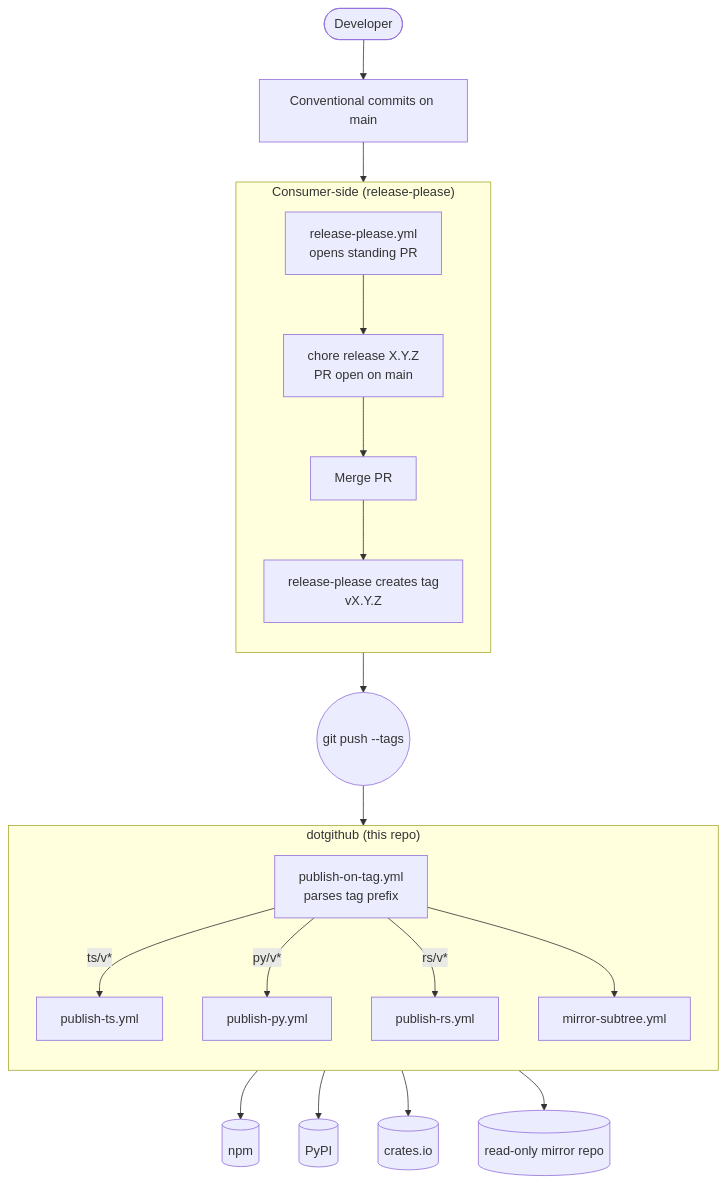
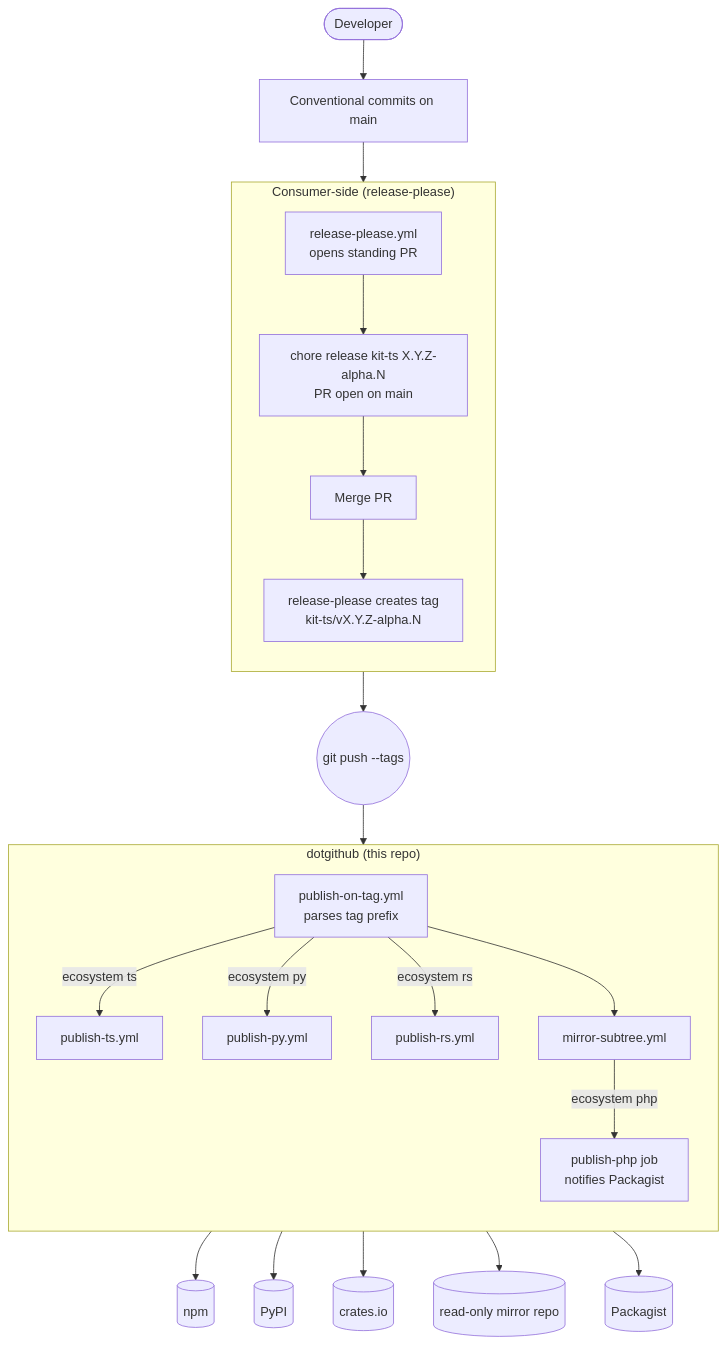
One commit to hop-top/.github changed the diagram in README.md. Above: the diagram before and after it, drawn with Mermaid. The commit also changed other lines of this file and 4 other files, not shown here.

First line of the commit message:
docs(architecture): publish-php, release-bot secrets, @v0, serial mirror

````diff
--- a/README.md
+++ b/README.md
@@ -54,36 +55,38 @@
 ```mermaid
 flowchart TB
     Dev([Developer])
     Commits[Conventional commits on main]
     Dev --> Commits
 
     subgraph ReleasePleaseScope ["Consumer-side (release-please)"]
         direction TB
         RP[release-please.yml<br/>opens standing PR]
-        PR[chore release X.Y.Z<br/>PR open on main]
+        PR[chore release kit-ts X.Y.Z-alpha.N<br/>PR open on main]
         Merge[Merge PR]
-        Tag[release-please creates tag<br/>vX.Y.Z]
+        Tag[release-please creates tag<br/>kit-ts/vX.Y.Z-alpha.N]
         RP --> PR --> Merge --> Tag
     end
 
     Commits --> RP
 
     Push((git push --tags))
     Tag --> Push
 
     subgraph DotGithubScope ["dotgithub (this repo)"]
         direction TB
         Router[publish-on-tag.yml<br/>parses tag prefix]
-        Router -->|ts/v*| PubTS[publish-ts.yml]
-        Router -->|py/v*| PubPY[publish-py.yml]
-        Router -->|rs/v*| PubRS[publish-rs.yml]
+        Router -->|ecosystem ts| PubTS[publish-ts.yml]
+        Router -->|ecosystem py| PubPY[publish-py.yml]
+        Router -->|ecosystem rs| PubRS[publish-rs.yml]
         Router --> Mirror[mirror-subtree.yml]
+        Mirror -->|ecosystem php| PubPHP[publish-php job<br/>notifies Packagist]
     end
 
     Push --> Router
 
     PubTS --> NPM[(npm)]
     PubPY --> PyPI[(PyPI)]
     PubRS --> Crates[(crates.io)]
     Mirror --> MirrorRepo[(read-only mirror repo)]
+    PubPHP --> Packagist[(Packagist)]
 ```
````
